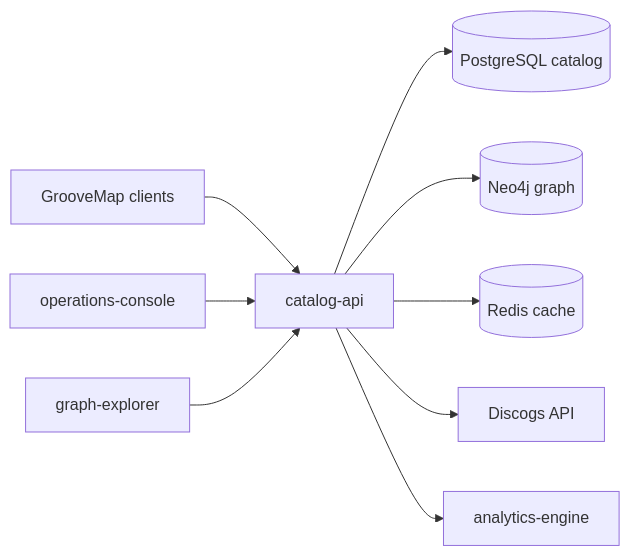
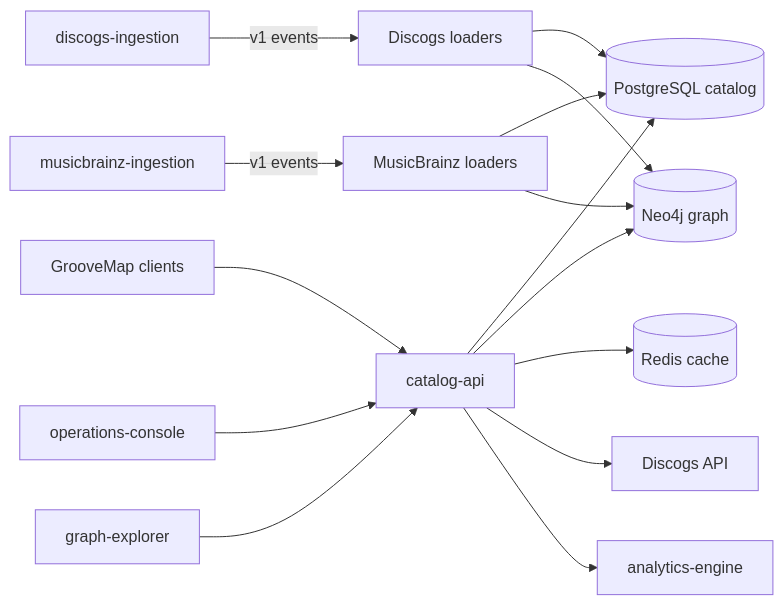
The diagram in README.md (groovemap-music/catalog-api), drawn with Mermaid before and after one commit. The commit also changed other lines of this file and 11 other files, not shown here.

````diff
--- a/README.md
+++ b/README.md
@@ -7,11 +7,17 @@
 ```mermaid
 flowchart LR
     Clients[GrooveMap clients] --> API[catalog-api]
+    Console[operations-console] --> API
+    Explorer[graph-explorer] --> API
     API --> PG[(PostgreSQL catalog)]
     API --> Neo4j[(Neo4j graph)]
     API --> Redis[(Redis cache)]
     API --> Discogs[Discogs API]
     API --> Analytics[analytics-engine]
-    Console[operations-console] --> API
-    Explorer[graph-explorer] --> API
+    DI[discogs-ingestion] -->|v1 events| DC[Discogs loaders]
+    MI[musicbrainz-ingestion] -->|v1 events| MC[MusicBrainz loaders]
+    DC --> PG
+    DC --> Neo4j
+    MC --> PG
+    MC --> Neo4j
 ```
````
